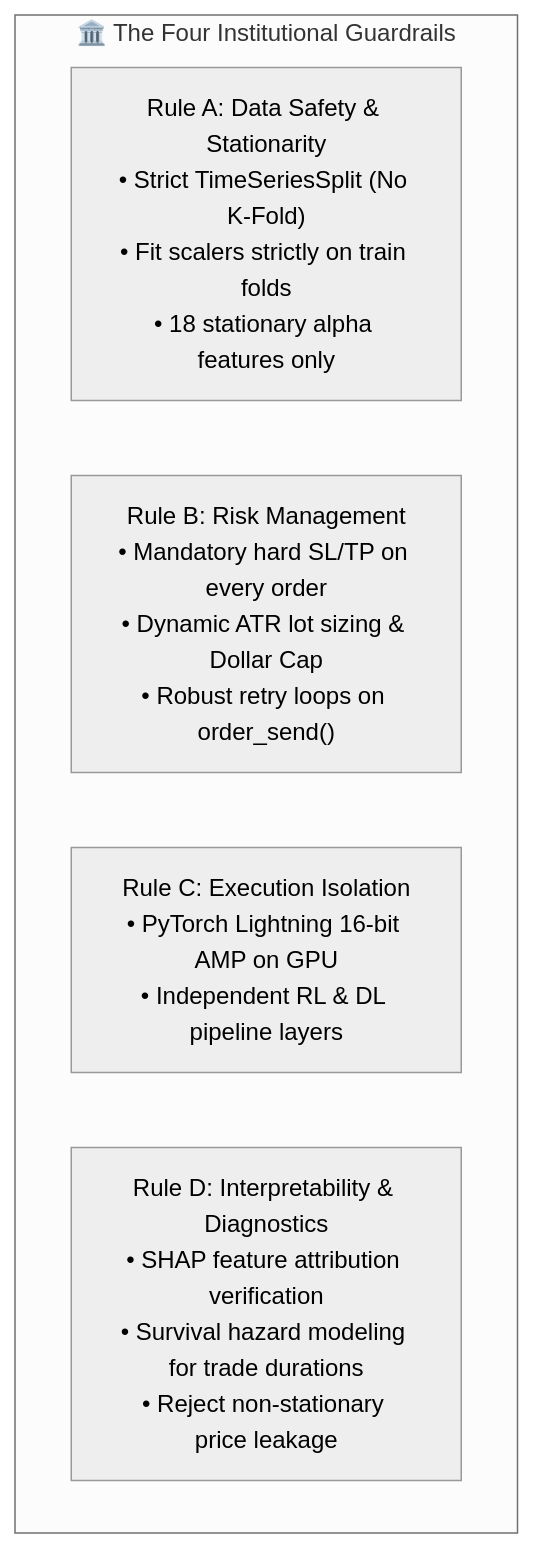
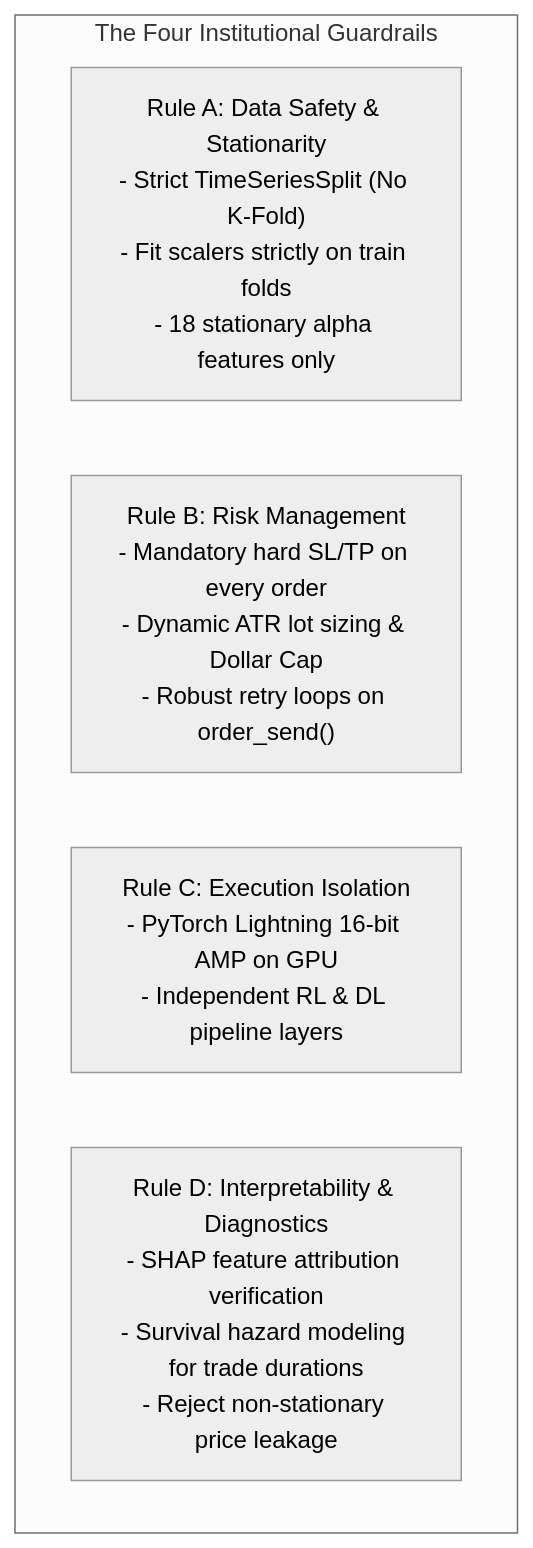
The first of 3 diagrams in docs/WHITE_PAPER.md (ElMoorish/AetherQuant-MT5), drawn with Mermaid (neutral theme) before and after one commit. The commit also changed other lines of this file and 1 other file, not shown here.

Commit message:
docs: Fix Mermaid flowchart syntax with strict node-to-node routing and standard labels

````diff
--- a/docs/WHITE_PAPER.md
+++ b/docs/WHITE_PAPER.md
@@ -48,9 +48,9 @@
 ```mermaid
 flowchart TD
-    subgraph Rules ["🏛️ The Four Institutional Guardrails"]
-        RuleA["Rule A: Data Safety & Stationarity<br/>• Strict TimeSeriesSplit (No K-Fold)<br/>• Fit scalers strictly on train folds<br/>• 18 stationary alpha features only"]
-        RuleB["Rule B: Risk Management<br/>• Mandatory hard SL/TP on every order<br/>• Dynamic ATR lot sizing & Dollar Cap<br/>• Robust retry loops on order_send()"]
-        RuleC["Rule C: Execution Isolation<br/>• PyTorch Lightning 16-bit AMP on GPU<br/>• Independent RL & DL pipeline layers"]
-        RuleD["Rule D: Interpretability & Diagnostics<br/>• SHAP feature attribution verification<br/>• Survival hazard modeling for trade durations<br/>• Reject non-stationary price leakage"]
+    subgraph Rules ["The Four Institutional Guardrails"]
+        RuleA["Rule A: Data Safety & Stationarity<br/>- Strict TimeSeriesSplit (No K-Fold)<br/>- Fit scalers strictly on train folds<br/>- 18 stationary alpha features only"]
+        RuleB["Rule B: Risk Management<br/>- Mandatory hard SL/TP on every order<br/>- Dynamic ATR lot sizing & Dollar Cap<br/>- Robust retry loops on order_send()"]
+        RuleC["Rule C: Execution Isolation<br/>- PyTorch Lightning 16-bit AMP on GPU<br/>- Independent RL & DL pipeline layers"]
+        RuleD["Rule D: Interpretability & Diagnostics<br/>- SHAP feature attribution verification<br/>- Survival hazard modeling for trade durations<br/>- Reject non-stationary price leakage"]
     end
 ```
````
